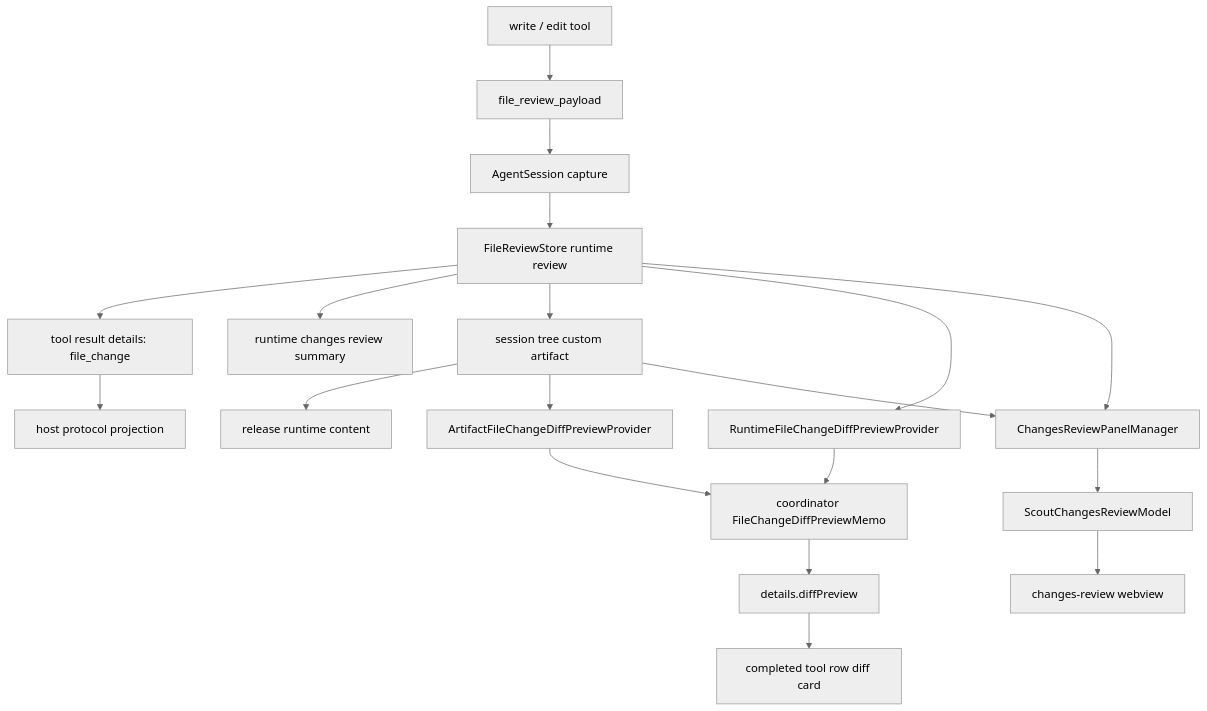
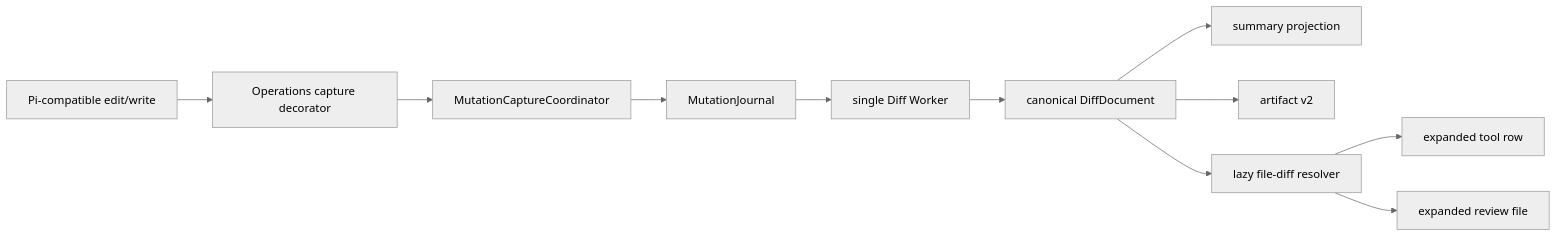
The diagram in docs/changes-review-diff.md (NH-99-FE/scoutAgent), drawn with Mermaid (neutral theme) before and after one commit. The commit also changed other lines of this file and 86 other files, not shown here.

Commit message:
fix(review): :bug: 持久化 canonical unavailable 文档

````diff
--- a/docs/changes-review-diff.md
+++ b/docs/changes-review-diff.md
@@ -10,23 +7,13 @@
 ```mermaid
-flowchart TD
-  Tool["write / edit tool"] --> Payload["file_review_payload"]
-  Payload --> AgentSession["AgentSession capture"]
-  AgentSession --> Store["FileReviewStore runtime review"]
-  Store --> FileChange["tool result details: file_change"]
-  Store --> RuntimeSummary["runtime changes review summary"]
-  Store --> Artifact["session tree custom artifact"]
-  Artifact --> Released["release runtime content"]
-
-  FileChange --> HostProjection["host protocol projection"]
-  Store --> DiffProvider["RuntimeFileChangeDiffPreviewProvider"]
-  Artifact --> ArtifactProvider["ArtifactFileChangeDiffPreviewProvider"]
-  DiffProvider --> Memo["coordinator FileChangeDiffPreviewMemo"]
-  ArtifactProvider --> Memo
-  Memo --> DiffPreview["details.diffPreview"]
-  DiffPreview --> Chat["completed tool row diff card"]
-
-  Store --> Panel["ChangesReviewPanelManager"]
-  Artifact --> Panel
-  Panel --> ReviewModel["ScoutChangesReviewModel"]
-  ReviewModel --> ReviewWebview["changes-review webview"]
+flowchart LR
+  Tool["Pi-compatible edit/write"] --> Decorator["Operations capture decorator"]
+  Decorator --> Capture["MutationCaptureCoordinator"]
+  Capture --> Journal["MutationJournal"]
+  Journal --> Worker["single Diff Worker"]
+  Worker --> Document["canonical DiffDocument"]
+  Document --> Summary["summary projection"]
+  Document --> Artifact["artifact v2"]
+  Document --> Resolver["lazy file-diff resolver"]
+  Resolver --> Chat["expanded tool row"]
+  Resolver --> Panel["expanded review file"]
 ```
````
